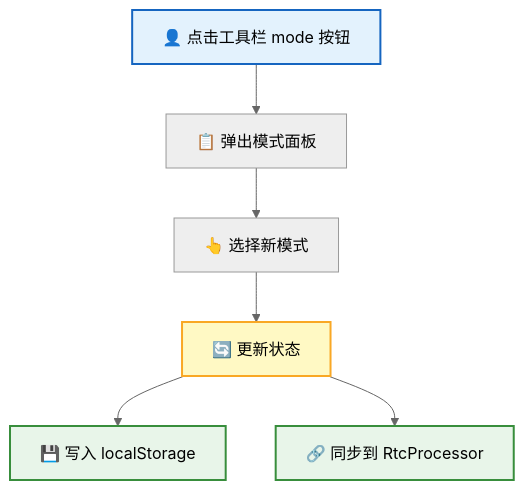
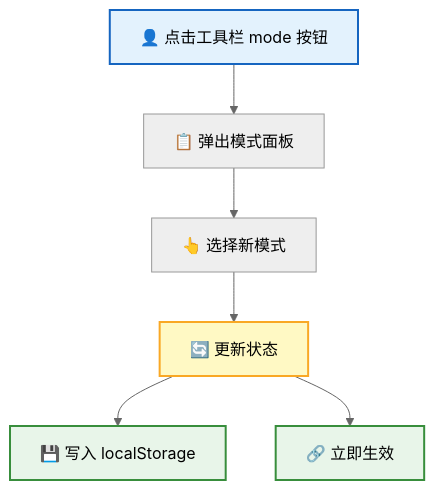
Before and after one commit to rtc-agent/docs: the fourth of 5 diagrams in src/content/docs/concepts/work-modes.md, drawn with Mermaid (neutral theme). The commit also changed other lines of this file and 60 other files, not shown here.

First line of the commit message:
docs(site): refresh documentation with new sections and improved diagrams

````diff
--- a/src/content/docs/concepts/work-modes.md
+++ b/src/content/docs/concepts/work-modes.md
@@ -103,13 +105,13 @@
 ```mermaid
 flowchart TD
     A["👤 点击工具栏 mode 按钮"] --> B["📋 弹出模式面板"]
     B --> C["👆 选择新模式"]
     C --> D["🔄 更新状态"]
     D --> E["💾 写入 localStorage"]
-    D --> F["🔗 同步到 RtcProcessor"]
+    D --> F["🔗 立即生效"]
 
     style A fill:#e3f2fd,stroke:#1565c0,stroke-width:2px
     style D fill:#fff9c4,stroke:#f9a825,stroke-width:2px
     style E fill:#e8f5e9,stroke:#388e3c,stroke-width:2px
     style F fill:#e8f5e9,stroke:#388e3c,stroke-width:2px
 ```
````
